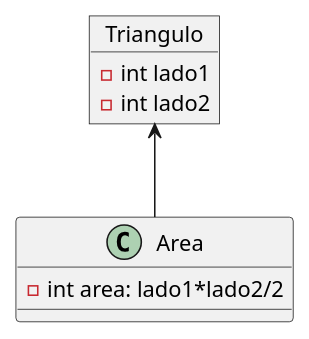
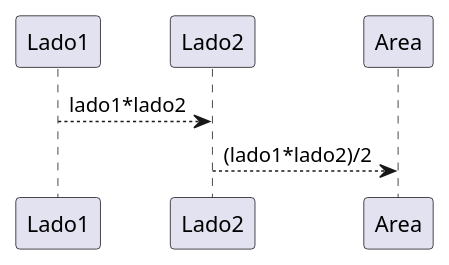
The diagram in ejercicio10/ejercicio10_2.puml (mgonzalz/introduccion_algoritmia), drawn with PlantUML before and after one commit. The commit also changed 7 other files, not shown here.

```diff
--- a/ejercicio10/ejercicio10_2.puml
+++ b/ejercicio10/ejercicio10_2.puml
@@ -1,10 +1,4 @@
 @startuml
-object Triangulo{
-    -int lado1
-    -int lado2
-}
-Triangulo <-- Area
-object Area{
-    -int area: lado1*lado2/2
-}
+Lado1 --> Lado2: lado1*lado2
+Lado2 --> Area: (lado1*lado2)/2
 @enduml
```
